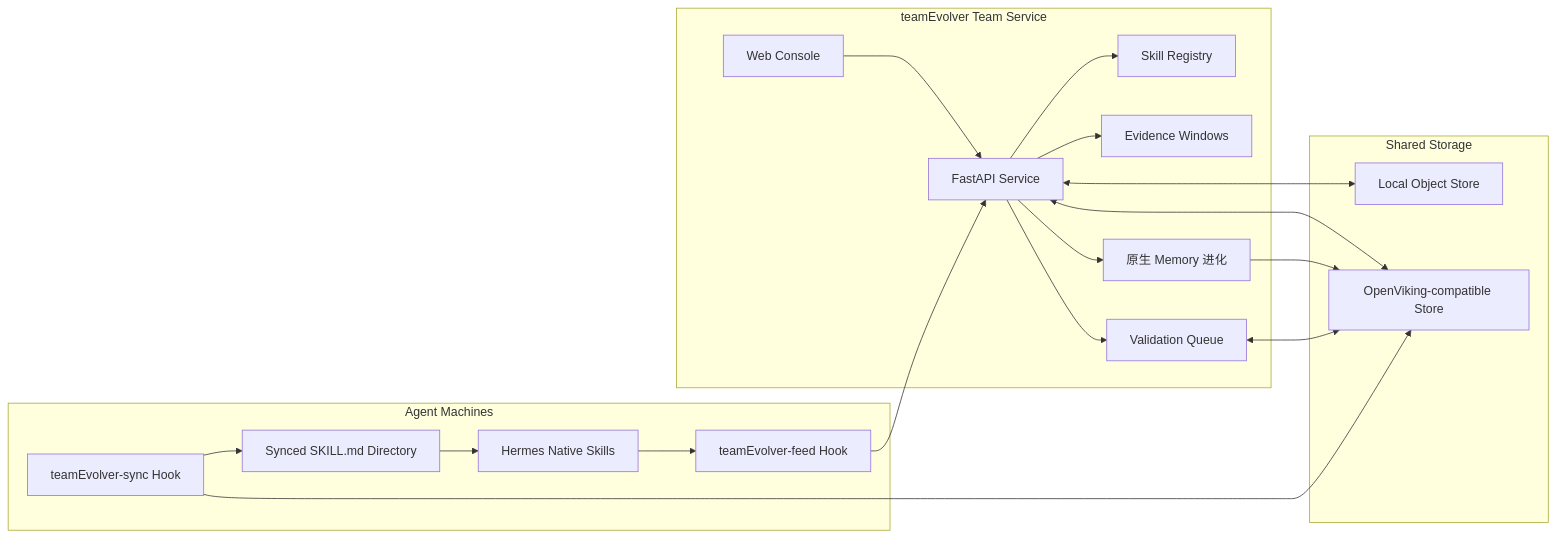
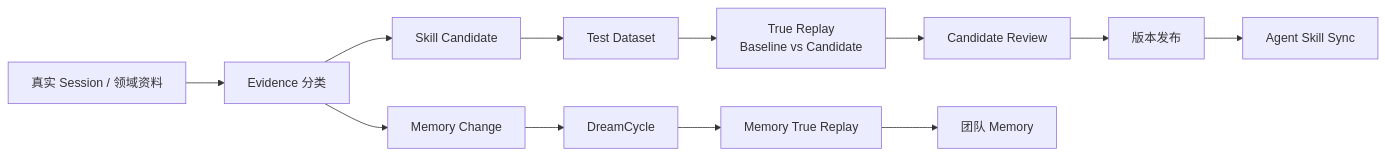
The first of 2 diagrams in README.md (leoriczhang/teamEvolver), drawn with Mermaid before and after one commit. The commit also changed other lines of this file and 36 other files, not shown here.

First line of the commit message:
Add docs site, Hermes delivery, and SkillMutationService

````diff
--- a/README.md
+++ b/README.md
@@ -92,38 +33,14 @@
 ```mermaid
 flowchart LR
-    subgraph Team["teamEvolver Team Service"]
-        Console["Web Console"]
-        API["FastAPI Service"]
-        Registry["Skill Registry"]
-        Evidence["Evidence Windows"]
-        Validation["Validation Queue"]
-        DreamCycle["原生 Memory 进化"]
-    end
-
-    subgraph Storage["Shared Storage"]
-        Local["Local Object Store"]
-        Viking["OpenViking-compatible Store"]
-    end
-
-    subgraph Agent["Agent Machines"]
-        Sync["teamEvolver-sync Hook"]
-        Feed["teamEvolver-feed Hook"]
-        Dir["Synced SKILL.md Directory"]
-        Hermes["Hermes Native Skills"]
-    end
-
-    Console --> API
-    API --> Registry
-    API --> Evidence
-    API --> Validation
-    API --> DreamCycle
-    API <--> Local
-    API <--> Viking
-    DreamCycle --> Viking
-    Validation <--> Viking
-    Sync --> Viking
-    Sync --> Dir
-    Dir --> Hermes
-    Hermes --> Feed
-    Feed --> API
+    A["真实 Session / 领域资料"] --> B["Evidence 分类"]
+    B --> C["Skill Candidate"]
+    B --> D["Memory Change"]
+    C --> E["Test Dataset"]
+    E --> F["True Replay<br/>Baseline vs Candidate"]
+    F --> G["Candidate Review"]
+    G --> H["版本发布"]
+    H --> I["Agent Skill Sync"]
+    D --> J["DreamCycle"]
+    J --> K["Memory True Replay"]
+    K --> L["团队 Memory"]
 ```
````
